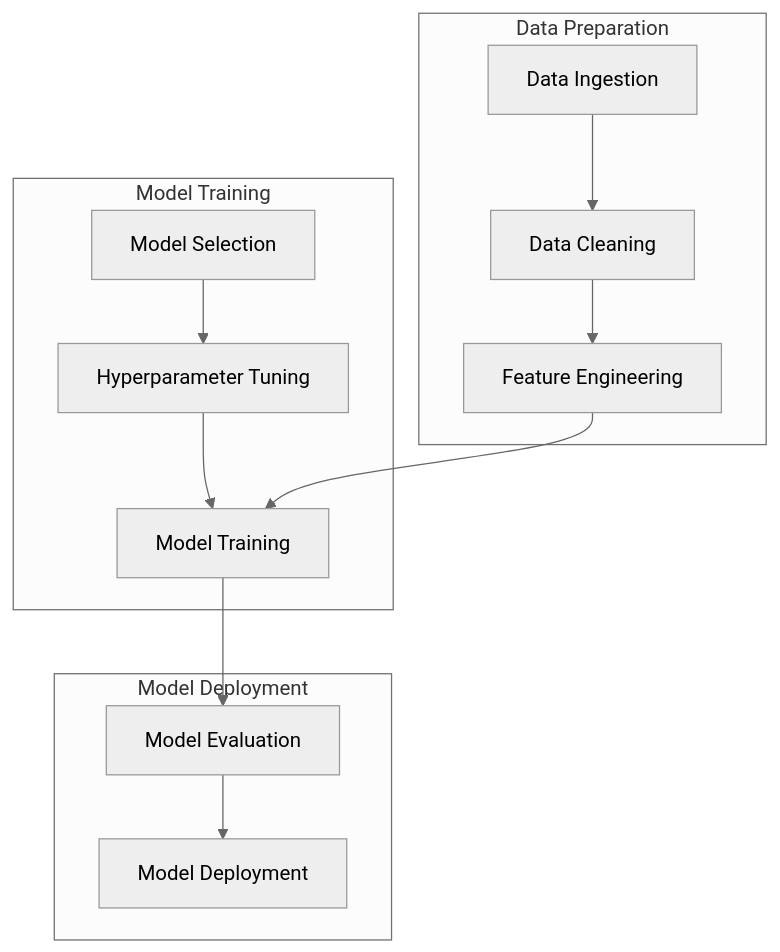
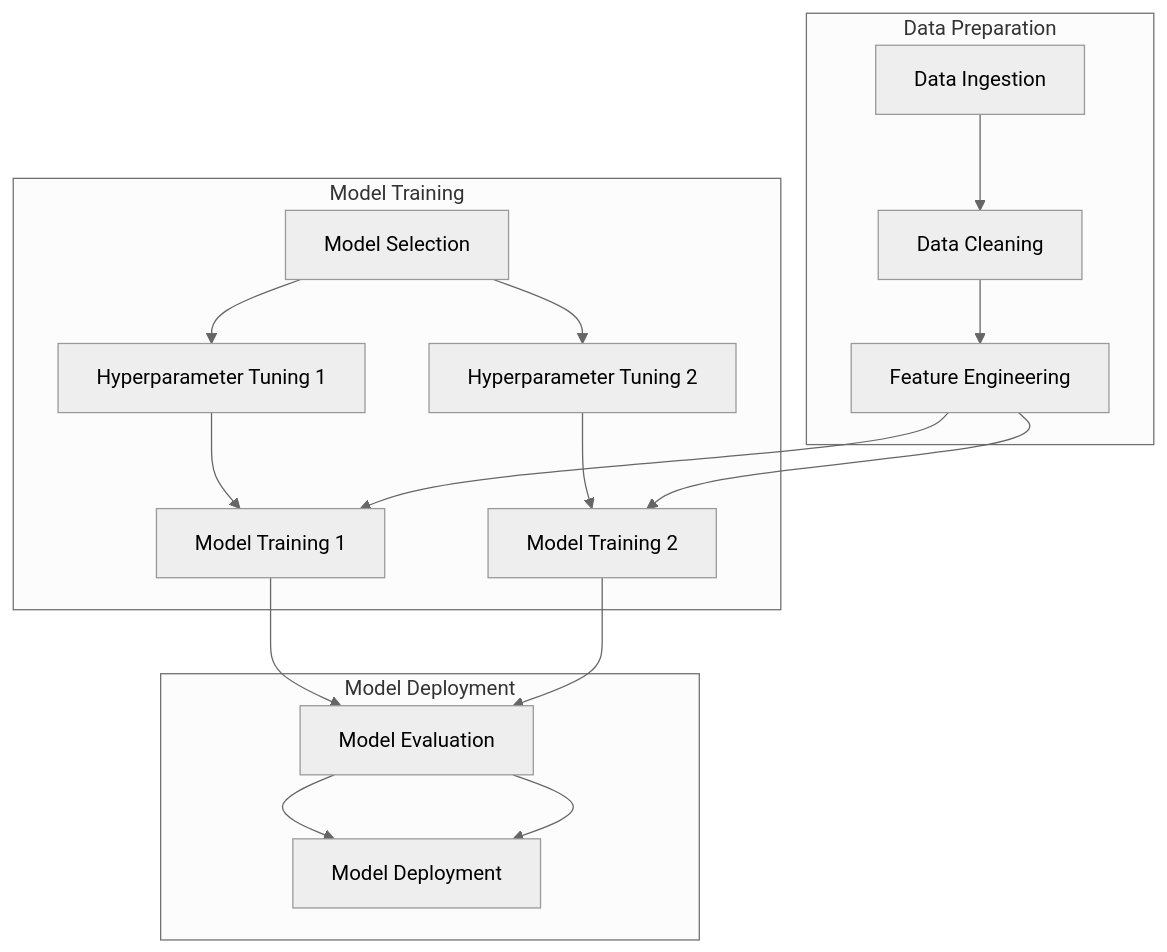
The diagram in README.md (ZackLarsen/mlflow-recipes), drawn with Mermaid (neutral theme) before and after one commit. The commit also changed other lines of this file, not shown here.

````diff
--- a/README.md
+++ b/README.md
@@ -5,16 +7,21 @@
 ```mermaid
 graph TD
     subgraph Data Preparation
     A[Data Ingestion] --> B[Data Cleaning]
     B --> C[Feature Engineering]
     end
     subgraph Model Training
-    D[Model Selection] --> E[Hyperparameter Tuning]
-    E --> F[Model Training]
+    D[Model Selection] --> E[Hyperparameter Tuning 1]
+    D --> F[Hyperparameter Tuning 2]
+    E --> G[Model Training 1]
+    F --> H[Model Training 2]
     end
     subgraph Model Deployment
-    G[Model Evaluation] --> H[Model Deployment]
+    I[Model Evaluation] --> J[Model Deployment]
     end
-    C --> F
-    F --> G
+    C --> G
+    C --> H
+    G --> I
+    H --> I
+    I --> J
 ```
````
